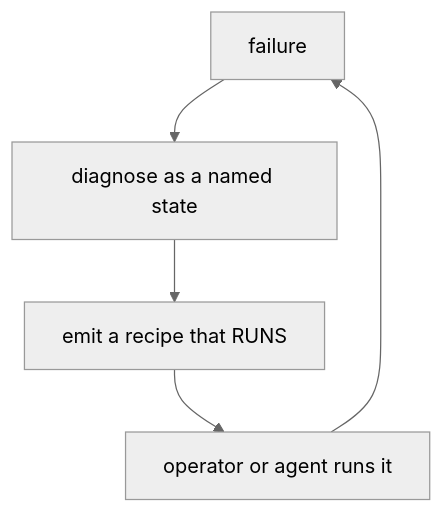
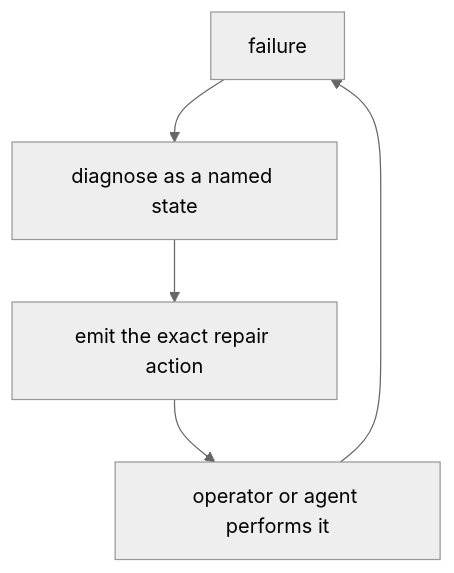
One commit to infimalabs/spice-rust changed the first of 6 diagrams in docs/product/model/failures.md. Above: the diagram before and after it, drawn with Mermaid (neutral theme). The commit also changed other lines of this file and 71 other files, not shown here.

````diff
--- a/docs/product/model/failures.md
+++ b/docs/product/model/failures.md
@@ -42,7 +54,7 @@
 ```mermaid
 flowchart TD
   F["failure"] --> D["diagnose as a named state"]
-  D --> R["emit a recipe that RUNS"]
-  R --> V["operator or agent runs it"]
+  D --> R["emit the exact repair action"]
+  R --> V["operator or agent performs it"]
   V --> F
 ```
````
